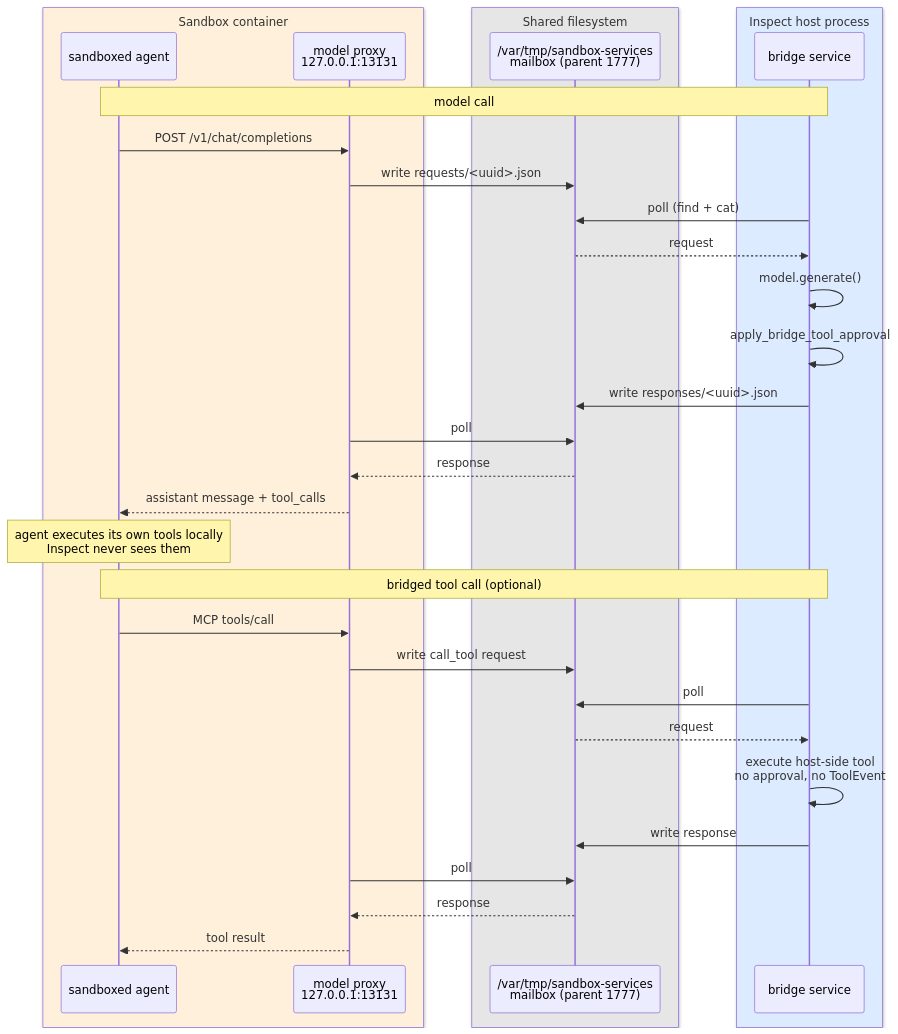
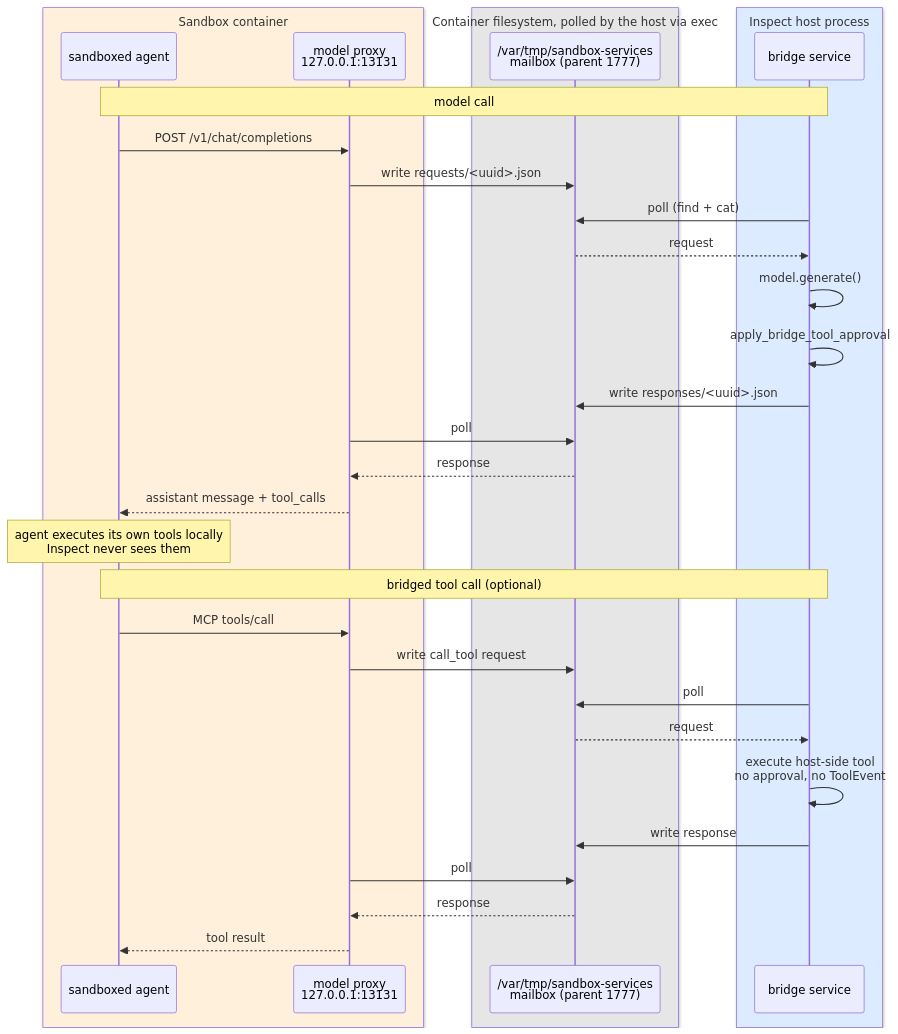
The fourth of 4 diagrams in design/sandbox-trust-model.md (ransomr/inspect_ai), drawn with Mermaid before and after one commit. The commit also changed other lines of this file, not shown here.

First line of the commit message:
Record the full in-container route to host-side tool execution

````diff
--- a/design/sandbox-trust-model.md
+++ b/design/sandbox-trust-model.md
@@ -288,38 +288,38 @@
 ```mermaid
 sequenceDiagram
     box rgb(255, 240, 220) Sandbox container
         participant SA as sandboxed agent
         participant PX as model proxy<br/>127.0.0.1:13131
     end
-    box rgb(230, 230, 230) Shared filesystem
+    box rgb(230, 230, 230) Container filesystem, polled by the host via exec
         participant MB as /var/tmp/sandbox-services<br/>mailbox (parent 1777)
     end
     box rgb(220, 235, 255) Inspect host process
         participant H as bridge service
     end
 
     Note over SA,H: model call
     SA->>PX: POST /v1/chat/completions
     PX->>MB: write requests/<uuid>.json
     H->>MB: poll (find + cat)
     MB-->>H: request
     H->>H: model.generate()
     H->>H: apply_bridge_tool_approval
     H->>MB: write responses/<uuid>.json
     PX->>MB: poll
     MB-->>PX: response
     PX-->>SA: assistant message + tool_calls
 
     Note over SA: agent executes its own tools locally<br/>Inspect never sees them
 
     Note over SA,H: bridged tool call (optional)
     SA->>PX: MCP tools/call
     PX->>MB: write call_tool request
     H->>MB: poll
     MB-->>H: request
     H->>H: execute host-side tool<br/>no approval, no ToolEvent
     H->>MB: write response
     PX->>MB: poll
     MB-->>PX: response
     PX-->>SA: tool result
 ```
````
